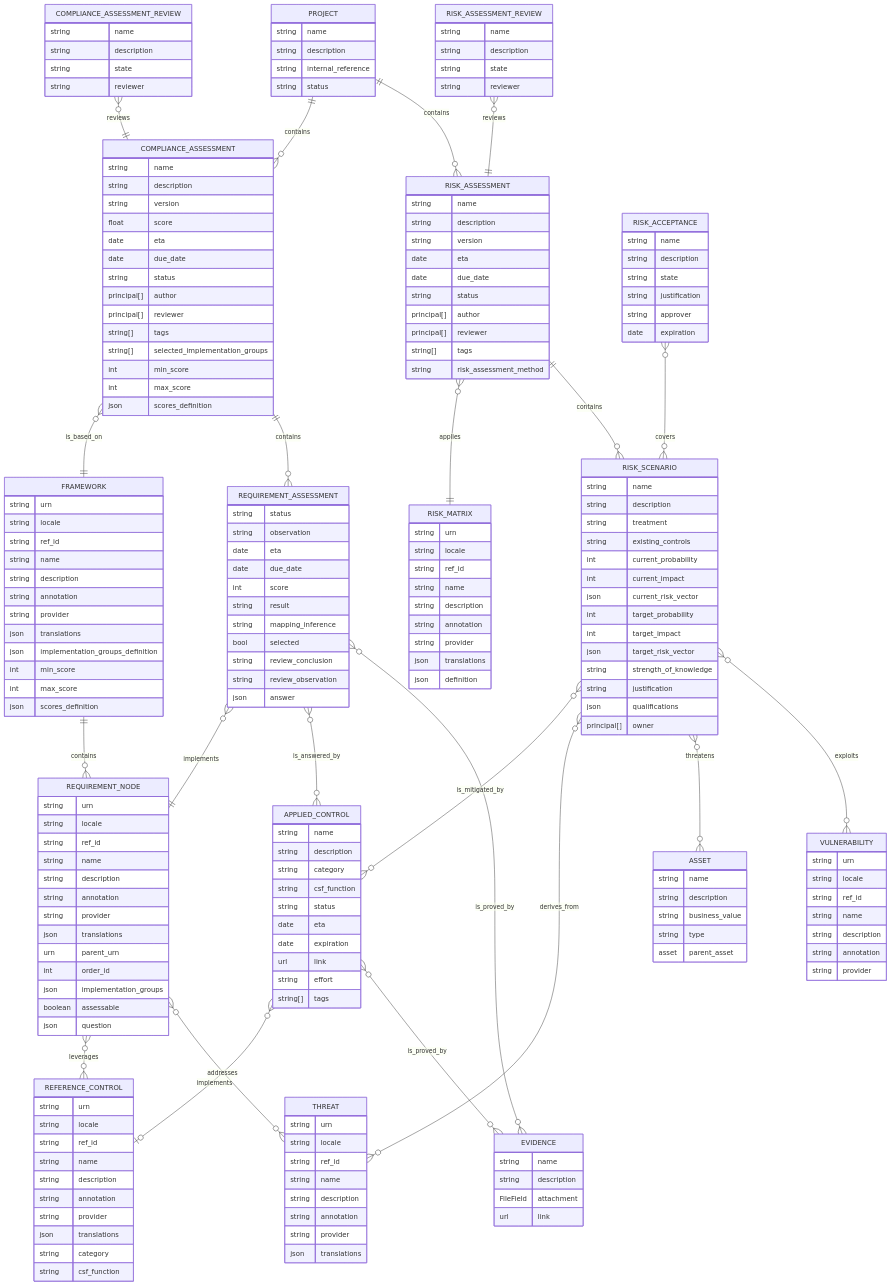
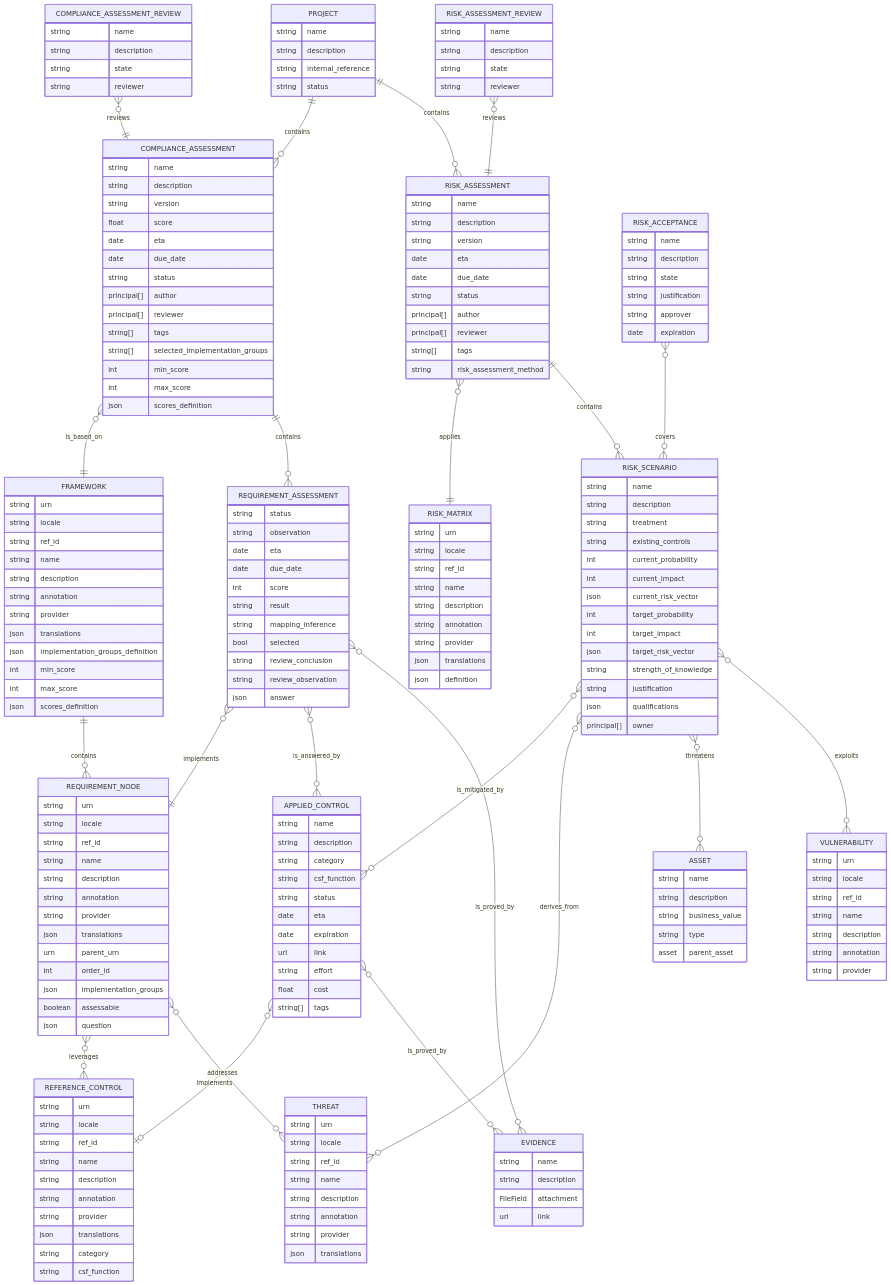
One commit to intuitem/ciso-assistant-community changed the fourth of 9 diagrams in documentation/architecture/data-model.md. Above: the diagram before and after it, drawn with Mermaid. The commit also changed other lines of this file and 30 other files, not shown here.

```diff
--- a/documentation/architecture/data-model.md
+++ b/documentation/architecture/data-model.md
@@ -227,6 +227,7 @@
         date     expiration
         url      link
         string   effort
+        float    cost
         string[] tags
     }
 
```
